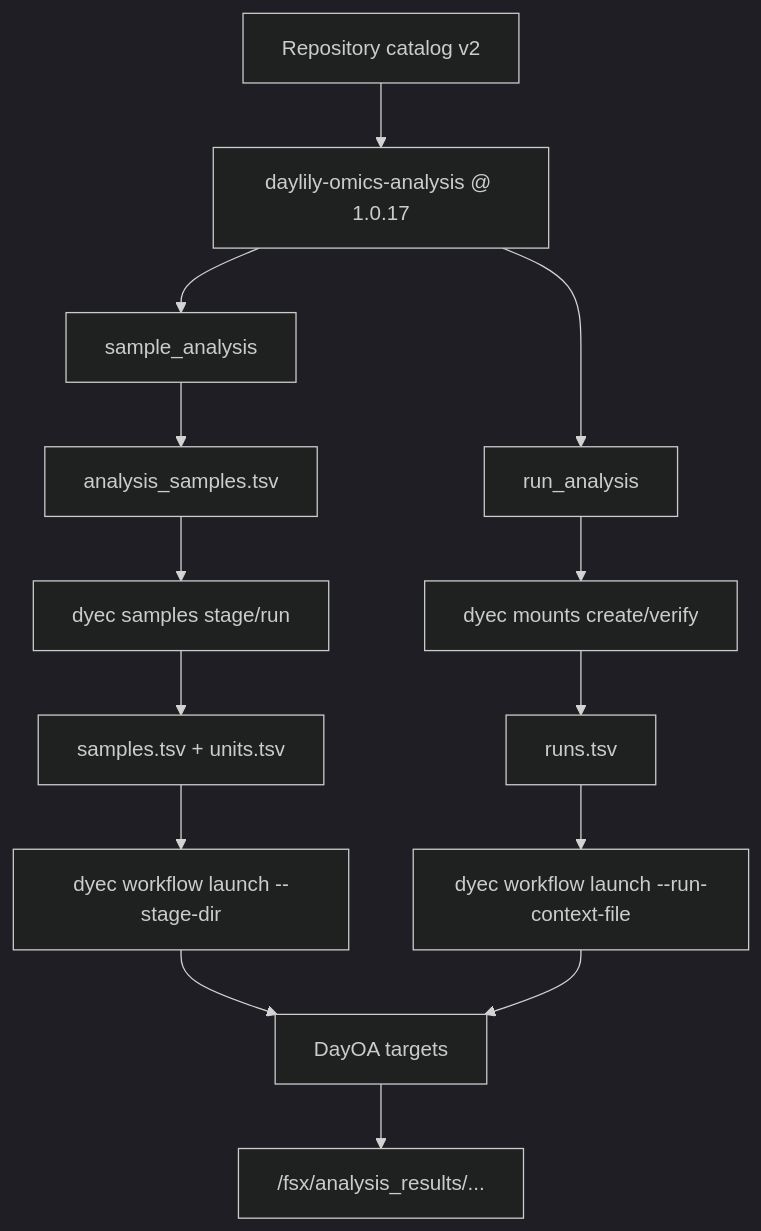
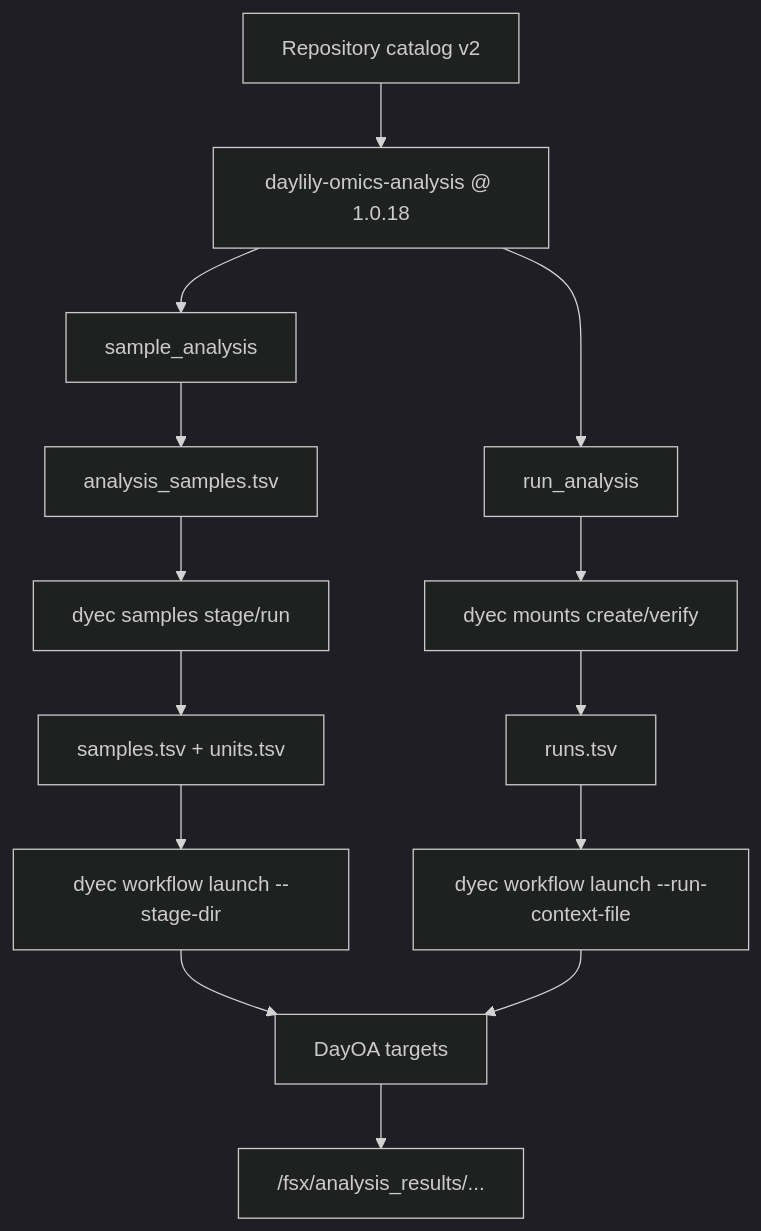
One commit to Daylily-Informatics/daylily-ephemeral-cluster changed the third of 3 diagrams in docs/dra_fsx_strategy.md. Above: the diagram before and after it, drawn with Mermaid (dark theme). The commit also changed other lines of this file and 14 other files, not shown here.

````diff
--- a/docs/dra_fsx_strategy.md
+++ b/docs/dra_fsx_strategy.md
@@ -79,19 +79,19 @@
 ```mermaid
 flowchart TB
-  Catalog["Repository catalog v2"] --> Repo["daylily-omics-analysis @ 1.0.17"]
+  Catalog["Repository catalog v2"] --> Repo["daylily-omics-analysis @ 1.0.18"]
   Repo --> Sample["sample_analysis"]
   Repo --> Run["run_analysis"]
 
   Sample --> Manifest["analysis_samples.tsv"]
   Manifest --> Stage["dyec samples stage/run"]
   Stage --> TSV["samples.tsv + units.tsv"]
   TSV --> LaunchA["dyec workflow launch --stage-dir"]
 
   Run --> Mount["dyec mounts create/verify"]
   Mount --> Runs["runs.tsv"]
   Runs --> LaunchB["dyec workflow launch --run-context-file"]
 
   LaunchA --> DayOA["DayOA targets"]
   LaunchB --> DayOA
   DayOA --> Results["/fsx/analysis_results/..."]
 ```
````
